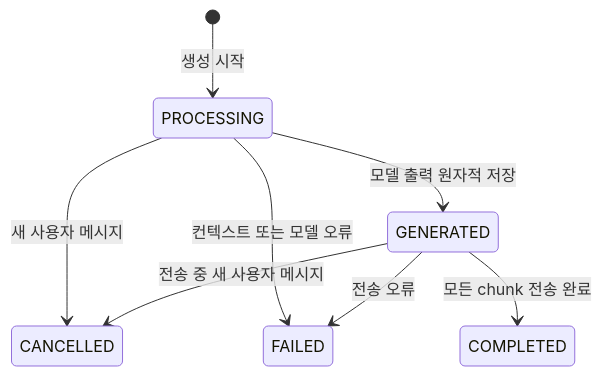
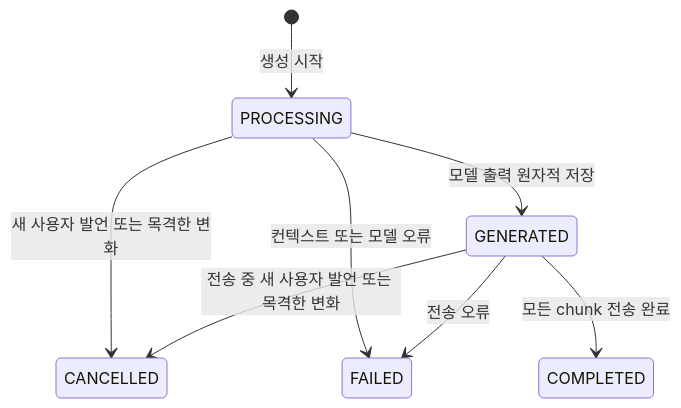
The second of 2 diagrams in docs/architecture.md (uheej0625/aimate), drawn with Mermaid before and after one commit. The commit also changed other lines of this file, not shown here.

````diff
--- a/docs/architecture.md
+++ b/docs/architecture.md
@@ -77,10 +80,10 @@
 ```mermaid
 stateDiagram-v2
     [*] --> PROCESSING: 생성 시작
-    PROCESSING --> CANCELLED: 새 사용자 메시지
+    PROCESSING --> CANCELLED: 새 사용자 발언 또는 목격한 변화
     PROCESSING --> FAILED: 컨텍스트 또는 모델 오류
     PROCESSING --> GENERATED: 모델 출력 원자적 저장
-    GENERATED --> CANCELLED: 전송 중 새 사용자 메시지
+    GENERATED --> CANCELLED: 전송 중 새 사용자 발언 또는 목격한 변화
     GENERATED --> FAILED: 전송 오류
     GENERATED --> COMPLETED: 모든 chunk 전송 완료
 ```
````
